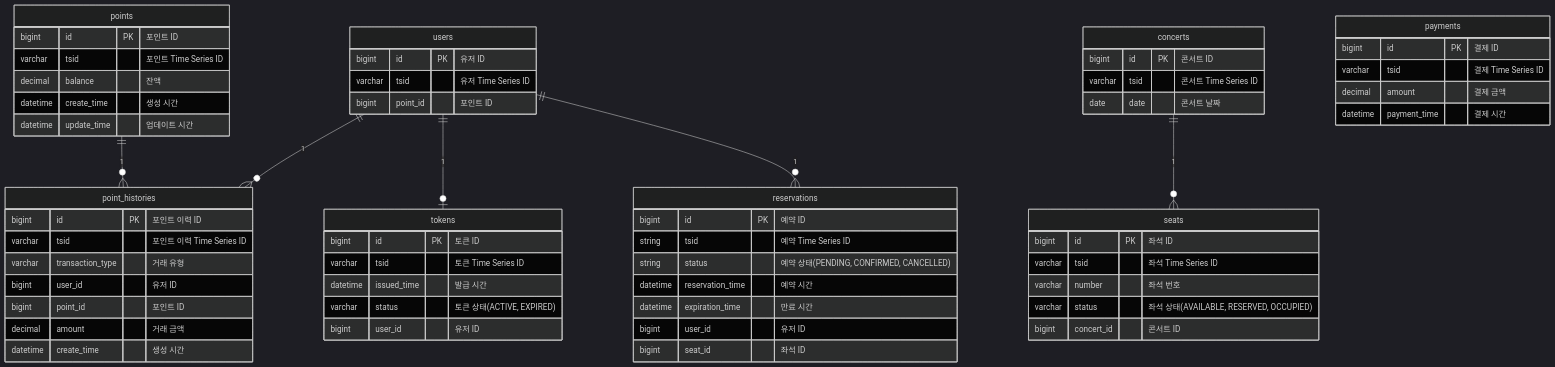
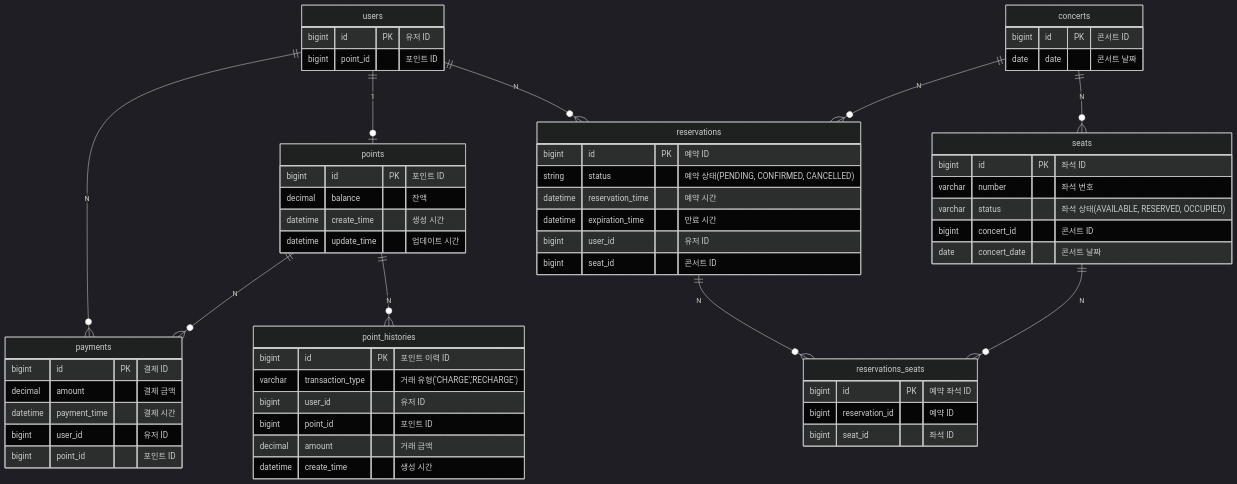
Before and after one commit to wanniDev/ticket: the first of 7 diagrams in README.MD, drawn with Mermaid (dark theme). The commit also changed other lines of this file and 1 other file, not shown here.

````diff
--- a/README.MD
+++ b/README.MD
@@ -169,67 +136,63 @@
 ```mermaid
 erDiagram
     users {
         bigint id PK "유저 ID"
-        varchar tsid "유저 Time Series ID"
         bigint point_id "포인트 ID"
     }
     points {
       bigint id PK "포인트 ID"
-      varchar tsid "포인트 Time Series ID"
       decimal balance "잔액"
       datetime create_time "생성 시간"
       datetime update_time "업데이트 시간"
     }
     point_histories {
       bigint id PK "포인트 이력 ID"
-      varchar tsid "포인트 이력 Time Series ID"
-      varchar transaction_type "거래 유형"
+      varchar transaction_type "거래 유형('CHARGE','RECHARGE')"
       bigint user_id "유저 ID"
       bigint point_id "포인트 ID"
       decimal amount "거래 금액"
       datetime create_time "생성 시간"
     }
-    tokens {
-        bigint id PK "토큰 ID"
-        varchar tsid "토큰 Time Series ID"
-        datetime issued_time "발급 시간"
-        varchar status "토큰 상태(ACTIVE, EXPIRED)"
-        bigint user_id "유저 ID"
-    }
     concerts {
         bigint id PK "콘서트 ID"
-        varchar tsid "콘서트 Time Series ID"
         date date "콘서트 날짜"
     }
-    
     seats { 
         bigint id PK "좌석 ID"
-        varchar tsid "좌석 Time Series ID"
         varchar number "좌석 번호"
         varchar status "좌석 상태(AVAILABLE, RESERVED, OCCUPIED)"
         bigint concert_id "콘서트 ID"
+        date concert_date "콘서트 날짜"
     }
-
     reservations {
         bigint id PK "예약 ID"
-        string tsid "예약 Time Series ID"
         string status "예약 상태(PENDING, CONFIRMED, CANCELLED)"
         datetime reservation_time "예약 시간"
         datetime expiration_time "만료 시간"
         bigint user_id "유저 ID"
-        bigint seat_id "좌석 ID"
+        bigint seat_id "콘서트 ID"
     }
     
     payments {
         bigint id PK "결제 ID"
-        varchar tsid "결제 Time Series ID"
         decimal amount "결제 금액"
         datetime payment_time "결제 시간"
+        bigint user_id "유저 ID"
+        bigint point_id "포인트 ID"
     }
-
-    concerts ||--o{ seats : "1"
-    points ||--o{ point_histories : "1"
-    users ||--o{ point_histories : "1"
-    users ||--o| tokens : "1"
-    users ||--o{ reservations : "1"
+    
+    reservations_seats {
+        bigint id PK "예약 좌석 ID"
+        bigint reservation_id "예약 ID"
+        bigint seat_id "좌석 ID"
+    }
+    users ||--o{ payments : "N"
+    users ||--o| points : "1"
+    users ||--o{ reservations : "N"
+    concerts ||--o{ seats : "N"
+    concerts ||--o{ reservations : "N"
+    points ||--o{ point_histories : "N"
+    points ||--o{ payments : "N"
+    reservations ||--o{ reservations_seats : "N"
+    seats ||--o{ reservations_seats : "N"
 ```
````
